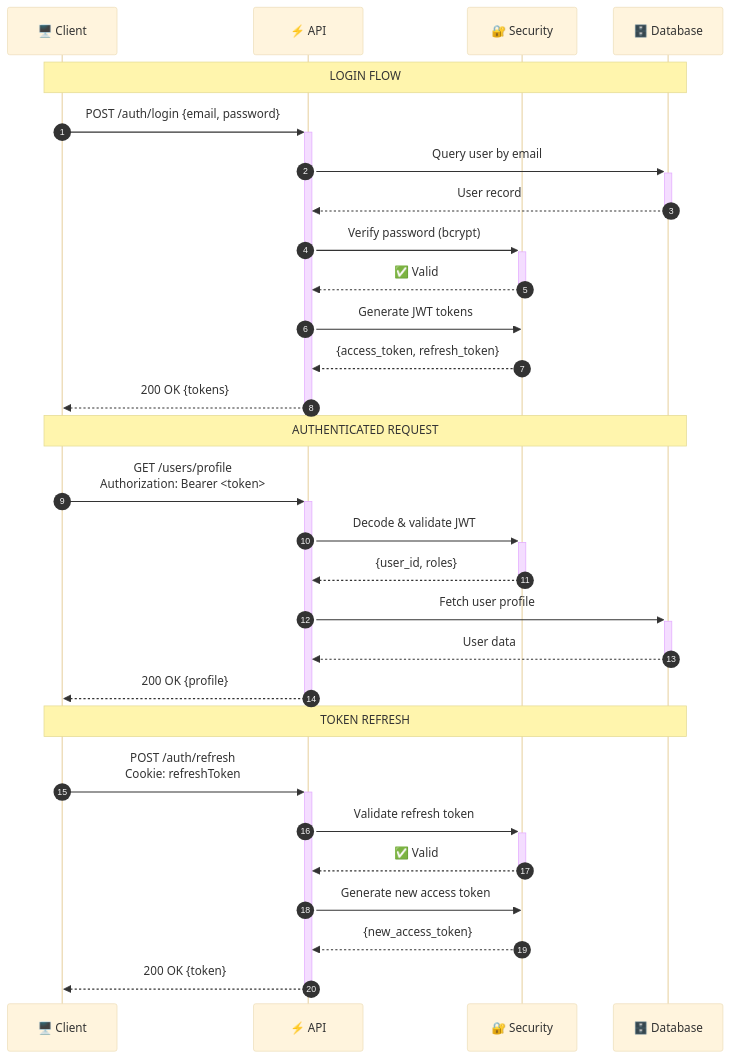
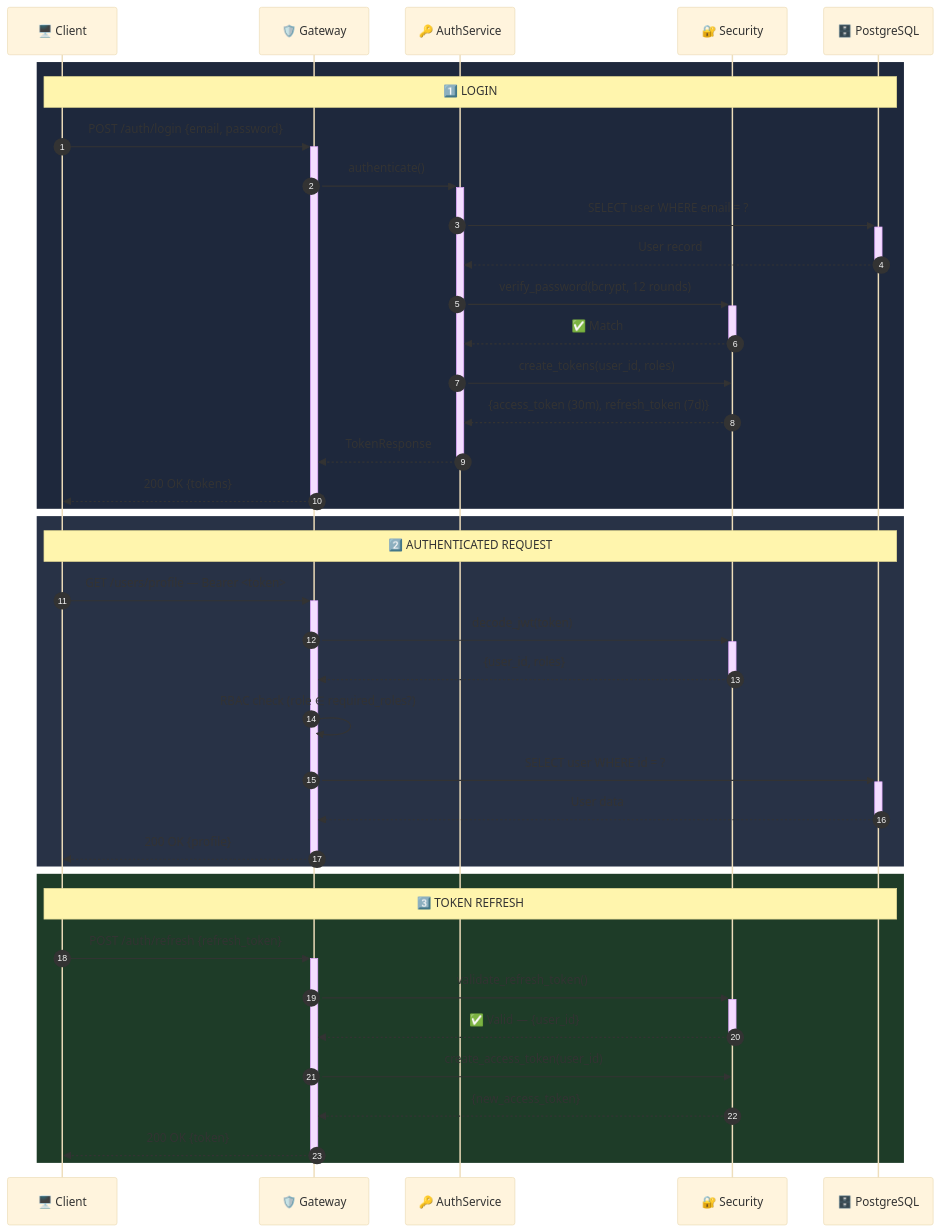
The third of 11 diagrams in docs/HLD.md (pankajshakya627/Airbnb), drawn with Mermaid (base theme) before and after one commit. The commit also changed other lines of this file, not shown here.

````diff
--- a/docs/HLD.md
+++ b/docs/HLD.md
@@ -333,34 +280,44 @@
 ```mermaid
 sequenceDiagram
     autonumber
     participant C as 🖥️ Client
-    participant A as ⚡ API
-    participant S as 🔐 Security
-    participant D as 🗄️ Database
+    participant GW as 🛡️ Gateway
+    participant AS as 🔑 AuthService
+    participant SEC as 🔐 Security
+    participant DB as 🗄️ PostgreSQL
 
-    Note over C,D: LOGIN FLOW
-    C->>+A: POST /auth/login {email, password}
-    A->>+D: Query user by email
-    D-->>-A: User record
-    A->>+S: Verify password (bcrypt)
-    S-->>-A: ✅ Valid
-    A->>S: Generate JWT tokens
-    S-->>A: {access_token, refresh_token}
-    A-->>-C: 200 OK {tokens}
+    rect rgb(30, 40, 60)
+        Note over C,DB: 1️⃣ LOGIN
+        C->>+GW: POST /auth/login {email, password}
+        GW->>+AS: authenticate()
+        AS->>+DB: SELECT user WHERE email = ?
+        DB-->>-AS: User record
+        AS->>+SEC: verify_password(bcrypt, 12 rounds)
+        SEC-->>-AS: ✅ Match
+        AS->>SEC: create_tokens(user_id, roles)
+        SEC-->>AS: {access_token (30m), refresh_token (7d)}
+        AS-->>-GW: TokenResponse
+        GW-->>-C: 200 OK {tokens}
+    end
 
-    Note over C,D: AUTHENTICATED REQUEST
-    C->>+A: GET /users/profile<br/>Authorization: Bearer <token>
-    A->>+S: Decode & validate JWT
-    S-->>-A: {user_id, roles}
-    A->>+D: Fetch user profile
-    D-->>-A: User data
-    A-->>-C: 200 OK {profile}
+    rect rgb(40, 50, 70)
+        Note over C,DB: 2️⃣ AUTHENTICATED REQUEST
+        C->>+GW: GET /users/profile — Bearer <token>
+        GW->>+SEC: decode_jwt(token)
+        SEC-->>-GW: {user_id, roles}
+        GW->>GW: RBAC check (role ∈ required_roles?)
+        GW->>+DB: SELECT user WHERE id = ?
+        DB-->>-GW: User data
+        GW-->>-C: 200 OK {profile}
+    end
 
-    Note over C,D: TOKEN REFRESH
-    C->>+A: POST /auth/refresh<br/>Cookie: refreshToken
-    A->>+S: Validate refresh token
-    S-->>-A: ✅ Valid
-    A->>S: Generate new access token
-    S-->>A: {new_access_token}
-    A-->>-C: 200 OK {token}
+    rect rgb(30, 60, 40)
+        Note over C,DB: 3️⃣ TOKEN REFRESH
+        C->>+GW: POST /auth/refresh {refresh_token}
+        GW->>+SEC: validate_refresh_token()
+        SEC-->>-GW: ✅ Valid — {user_id}
+        GW->>SEC: create_access_token(user_id)
+        SEC-->>GW: {new_access_token}
+        GW-->>-C: 200 OK {token}
+    end
 ```
````
